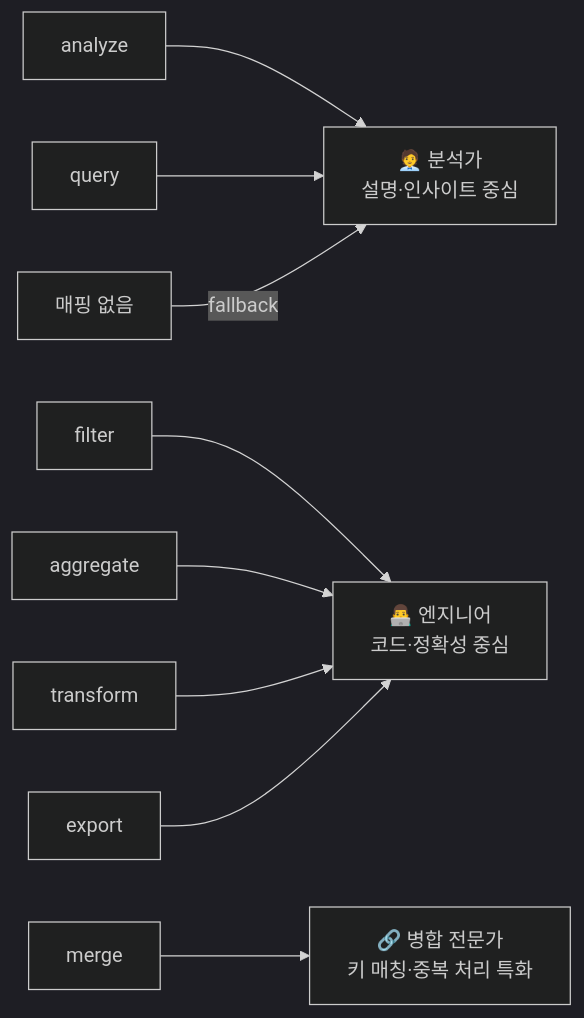
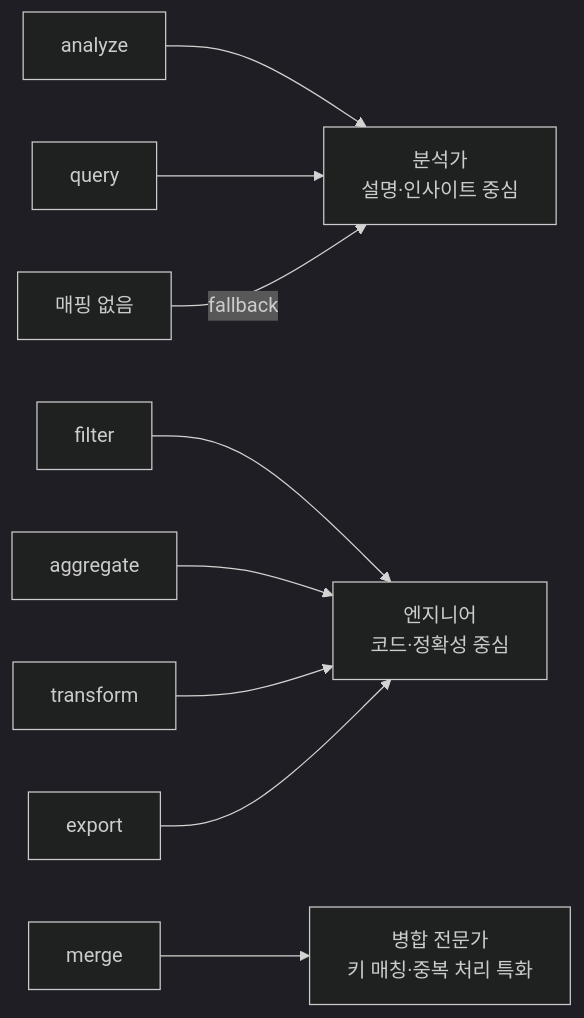
The fifth of 10 diagrams in README.md (sayoon01/excel-ai-agent), drawn with Mermaid (dark theme) before and after one commit. The commit also changed other lines of this file and 15 other files, not shown here.

````diff
--- a/README.md
+++ b/README.md
@@ -222,11 +290,11 @@
 ```mermaid
 graph LR
-    analyze --> analyst["🧑‍💼 분석가\n설명·인사이트 중심"]
+    analyze --> analyst["분석가\n설명·인사이트 중심"]
     query --> analyst
-    filter --> engineer["👨‍💻 엔지니어\n코드·정확성 중심"]
+    filter --> engineer["엔지니어\n코드·정확성 중심"]
     aggregate --> engineer
     transform --> engineer
     export --> engineer
-    merge --> merger["🔗 병합 전문가\n키 매칭·중복 처리 특화"]
+    merge --> merger["병합 전문가\n키 매칭·중복 처리 특화"]
     other["매핑 없음"] -->|fallback| analyst
 ```
````
